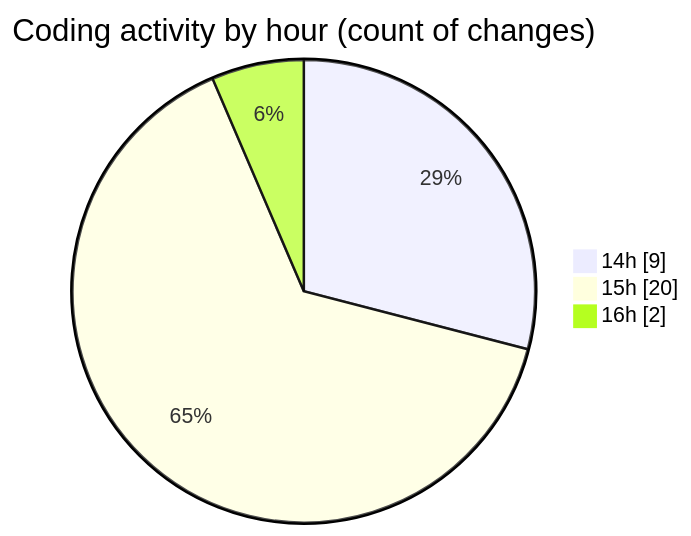
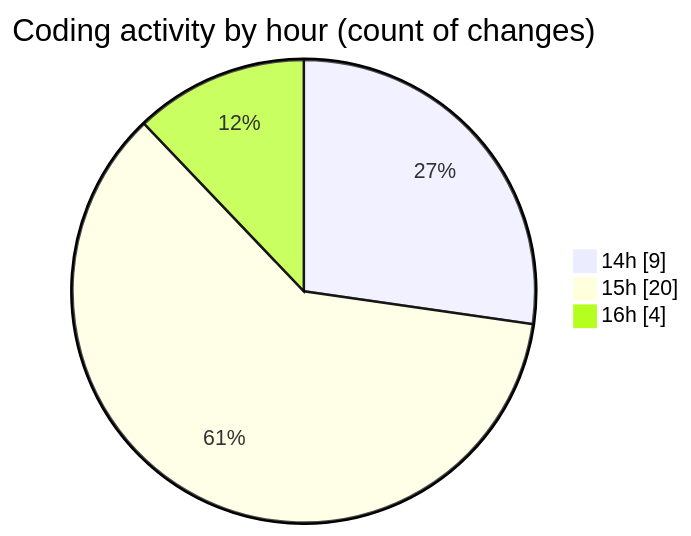
One commit to nxtqubesakshisongat/code-tracking changed the second of 2 diagrams in 2025-11-09/nxtqube_webapp/README.md. Above: the diagram before and after it, drawn with Mermaid. The commit also changed other lines of this file and 1 other file, not shown here.

````diff
--- a/2025-11-09/nxtqube_webapp/README.md
+++ b/2025-11-09/nxtqube_webapp/README.md
@@ -37,7 +38,7 @@
 ```mermaid
 pie showData
 title Coding activity by hour (count of changes)
 "14h" : 9
 "15h" : 20
-"16h" : 2
+"16h" : 4
 ```
````
